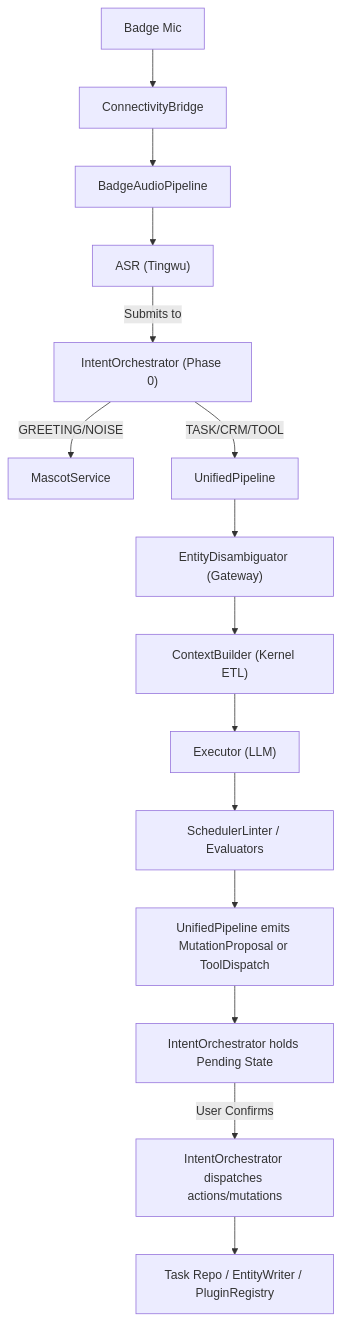
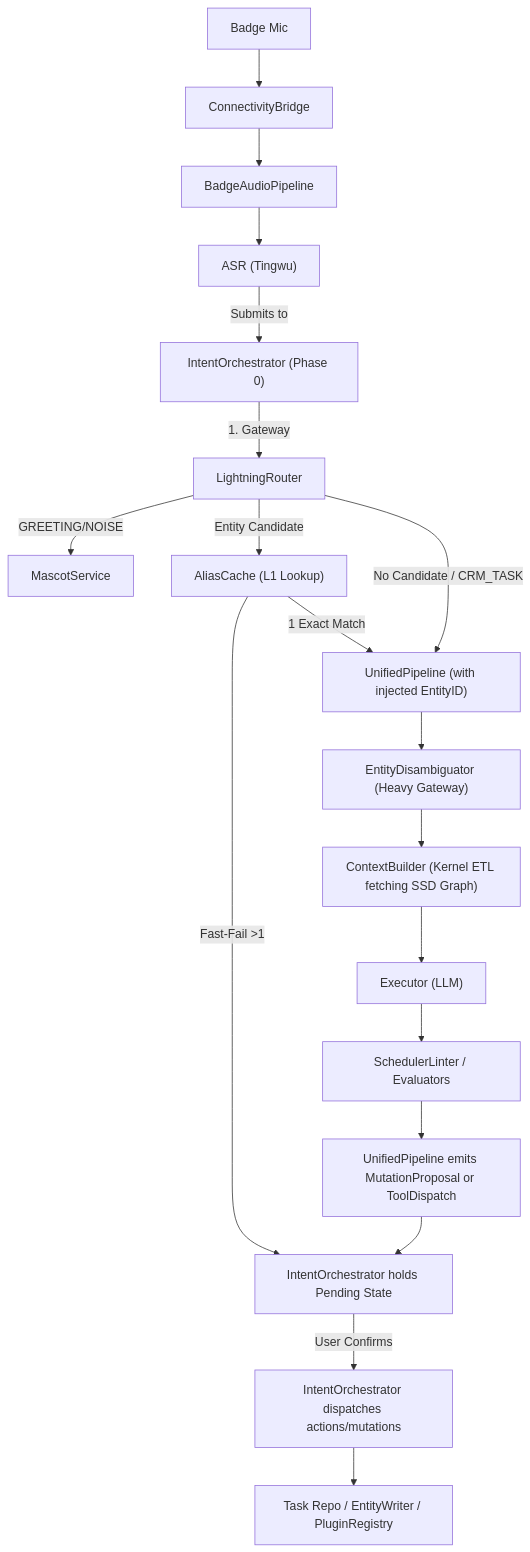
Before and after one commit to esir-nus/smart-sales-main: the diagram in docs/cerb/interface-map.md, drawn with Mermaid. The commit also changed other lines of this file and 23 other files, not shown here.

Commit message:
feat(core): implement AliasCache and fast-fail Sync Loop gatekeeper

````diff
--- a/docs/cerb/interface-map.md
+++ b/docs/cerb/interface-map.md
@@ -118,17 +119,21 @@
 ```mermaid
 graph TD
     A["Badge Mic"] --> B["ConnectivityBridge"]
     B --> C["BadgeAudioPipeline"]
     C --> D["ASR (Tingwu)"]
     D -->|Submits to| E["IntentOrchestrator (Phase 0)"]
-    E -->|GREETING/NOISE| F1["MascotService"]
-    E -->|TASK/CRM/TOOL| E2["UnifiedPipeline"]
-    E2 --> F0["EntityDisambiguator (Gateway)"]
-    F0 --> F2["ContextBuilder (Kernel ETL)"]
+    E -->|1. Gateway| E1["LightningRouter"]
+    E1 -->|GREETING/NOISE| F1["MascotService"]
+    E1 -->|Entity Candidate| E1a["AliasCache (L1 Lookup)"]
+    E1a -->|Fast-Fail >1| H2["IntentOrchestrator holds Pending State"]
+    E1a -->|1 Exact Match| E2["UnifiedPipeline (with injected EntityID)"]
+    E1 -->|No Candidate / CRM_TASK| E2
+    E2 --> F0["EntityDisambiguator (Heavy Gateway)"]
+    F0 --> F2["ContextBuilder (Kernel ETL fetching SSD Graph)"]
     F2 --> F["Executor (LLM)"]
     F --> G["SchedulerLinter / Evaluators"]
     G --> H1["UnifiedPipeline emits MutationProposal or ToolDispatch"]
-    H1 --> H2["IntentOrchestrator holds Pending State"]
+    H1 --> H2
     H2 -->|User Confirms| H3["IntentOrchestrator dispatches actions/mutations"]
     H3 --> I["Task Repo / EntityWriter / PluginRegistry"]
 ```
````
